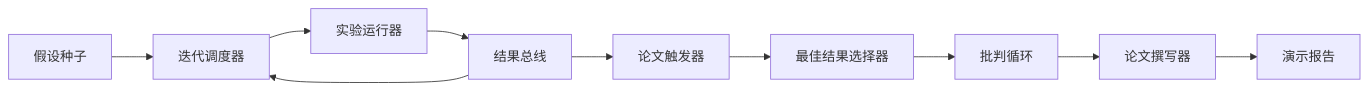
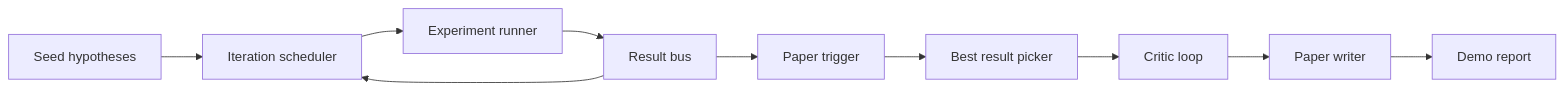
One commit to xiaojiaenen/ai-engineering-from-scratch-zh changed the first of 3 diagrams in i18n/zh/phases/19-capstone-projects/57-end-to-end-research-demo/docs/zh.md. Above: the diagram before and after it, drawn with Mermaid. The commit also changed other lines of this file and 85 other files, not shown here.

````diff
--- a/i18n/zh/phases/19-capstone-projects/57-end-to-end-research-demo/docs/zh.md
+++ b/i18n/zh/phases/19-capstone-projects/57-end-to-end-research-demo/docs/zh.md
@@ -25,12 +24,12 @@
 ```mermaid
 flowchart LR
-    Seed[假设种子] --> Sched[迭代调度器]
-    Sched --> Exp[实验运行器]
-    Exp --> Bus[结果总线]
+    Seed[Seed hypotheses] --> Sched[Iteration scheduler]
+    Sched --> Exp[Experiment runner]
+    Exp --> Bus[Result bus]
     Bus --> Sched
-    Bus --> Trig[论文触发器]
-    Trig --> Pick[最佳结果选择器]
-    Pick --> Critic[批判循环]
-    Critic --> Writer[论文撰写器]
-    Writer --> Report[演示报告]
+    Bus --> Trig[Paper trigger]
+    Trig --> Pick[Best result picker]
+    Pick --> Critic[Critic loop]
+    Critic --> Writer[Paper writer]
+    Writer --> Report[Demo report]
 ```
````
